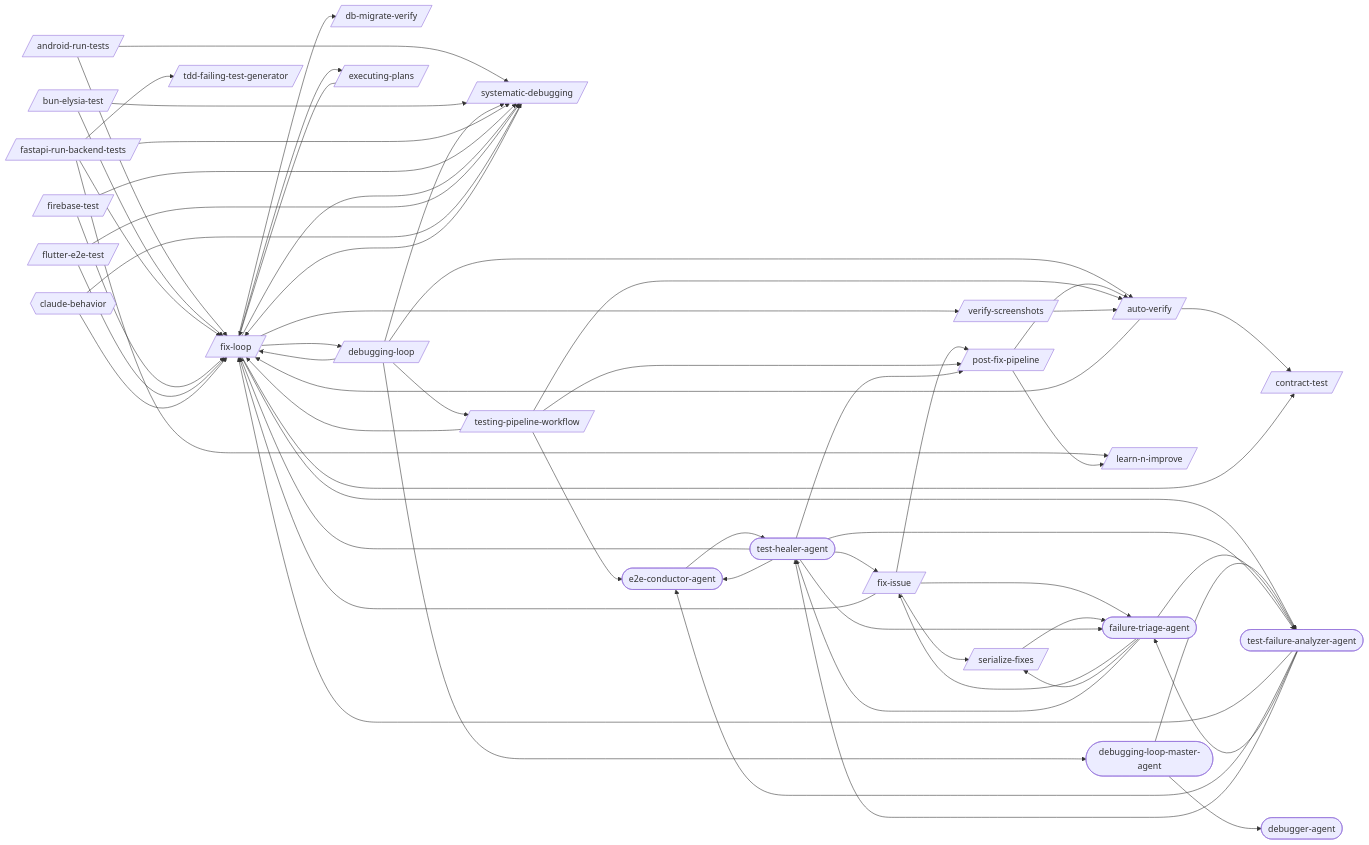
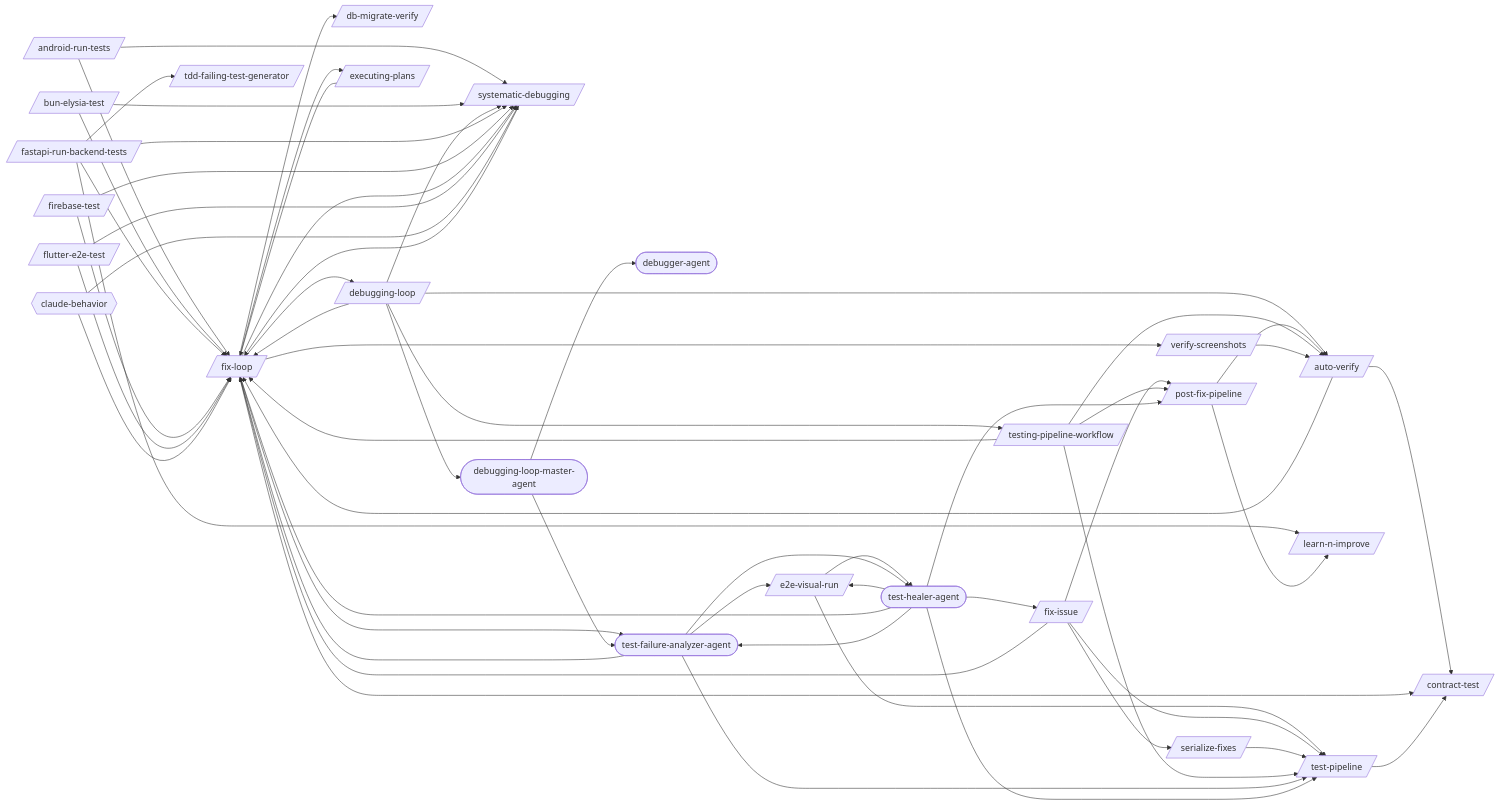
The first of 25 diagrams in docs/workflows/debugging-loop.md (abhayla/claude-best-practices), drawn with Mermaid before and after one commit. The commit also changed other lines of this file and 14 other files, not shown here.

```diff
--- a/docs/workflows/debugging-loop.md
+++ b/docs/workflows/debugging-loop.md
@@ -14,6 +14,7 @@
     contract_test[/contract-test/]
     db_migrate_verify[/db-migrate-verify/]
     debugging_loop[/debugging-loop/]
+    e2e_visual_run[/e2e-visual-run/]
     executing_plans[/executing-plans/]
     fastapi_run_backend_tests[/fastapi-run-backend-tests/]
     firebase_test[/firebase-test/]
@@ -25,12 +26,11 @@
     serialize_fixes[/serialize-fixes/]
     systematic_debugging[/systematic-debugging/]
     tdd_failing_test_generator[/tdd-failing-test-generator/]
+    test_pipeline[/test-pipeline/]
     testing_pipeline_workflow[/testing-pipeline-workflow/]
     verify_screenshots[/verify-screenshots/]
     debugger_agent([debugger-agent])
     debugging_loop_master_agent([debugging-loop-master-agent])
-    e2e_conductor_agent([e2e-conductor-agent])
-    failure_triage_agent([failure-triage-agent])
     test_failure_analyzer_agent([test-failure-analyzer-agent])
     test_healer_agent([test-healer-agent])
     claude_behavior{{claude-behavior}}
@@ -45,6 +45,8 @@
     debugging_loop --> systematic_debugging
     debugging_loop --> testing_pipeline_workflow
     debugging_loop --> debugging_loop_master_agent
+    e2e_visual_run --> test_pipeline
+    e2e_visual_run --> test_healer_agent
     executing_plans --> fix_loop
     fastapi_run_backend_tests --> fix_loop
     fastapi_run_backend_tests --> learn_n_improve
@@ -55,7 +57,7 @@
     fix_issue --> fix_loop
     fix_issue --> post_fix_pipeline
     fix_issue --> serialize_fixes
-    fix_issue --> failure_triage_agent
+    fix_issue --> test_pipeline
     fix_loop --> contract_test
     fix_loop --> db_migrate_verify
     fix_loop --> debugging_loop
@@ -67,29 +69,25 @@
     flutter_e2e_test --> systematic_debugging
     post_fix_pipeline --> auto_verify
     post_fix_pipeline --> learn_n_improve
-    serialize_fixes --> failure_triage_agent
+    serialize_fixes --> test_pipeline
     systematic_debugging --> fix_loop
+    test_pipeline --> contract_test
     testing_pipeline_workflow --> auto_verify
     testing_pipeline_workflow --> fix_loop
     testing_pipeline_workflow --> post_fix_pipeline
-    testing_pipeline_workflow --> e2e_conductor_agent
+    testing_pipeline_workflow --> test_pipeline
     verify_screenshots --> auto_verify
     debugging_loop_master_agent --> debugger_agent
     debugging_loop_master_agent --> test_failure_analyzer_agent
-    e2e_conductor_agent --> test_healer_agent
-    failure_triage_agent --> fix_issue
-    failure_triage_agent --> serialize_fixes
-    failure_triage_agent --> test_failure_analyzer_agent
-    failure_triage_agent --> test_healer_agent
+    test_failure_analyzer_agent --> e2e_visual_run
     test_failure_analyzer_agent --> fix_loop
-    test_failure_analyzer_agent --> e2e_conductor_agent
-    test_failure_analyzer_agent --> failure_triage_agent
+    test_failure_analyzer_agent --> test_pipeline
     test_failure_analyzer_agent --> test_healer_agent
+    test_healer_agent --> e2e_visual_run
     test_healer_agent --> fix_issue
     test_healer_agent --> fix_loop
     test_healer_agent --> post_fix_pipeline
-    test_healer_agent --> e2e_conductor_agent
-    test_healer_agent --> failure_triage_agent
+    test_healer_agent --> test_pipeline
     test_healer_agent --> test_failure_analyzer_agent
     claude_behavior --> fix_loop
     claude_behavior --> systematic_debugging
```
